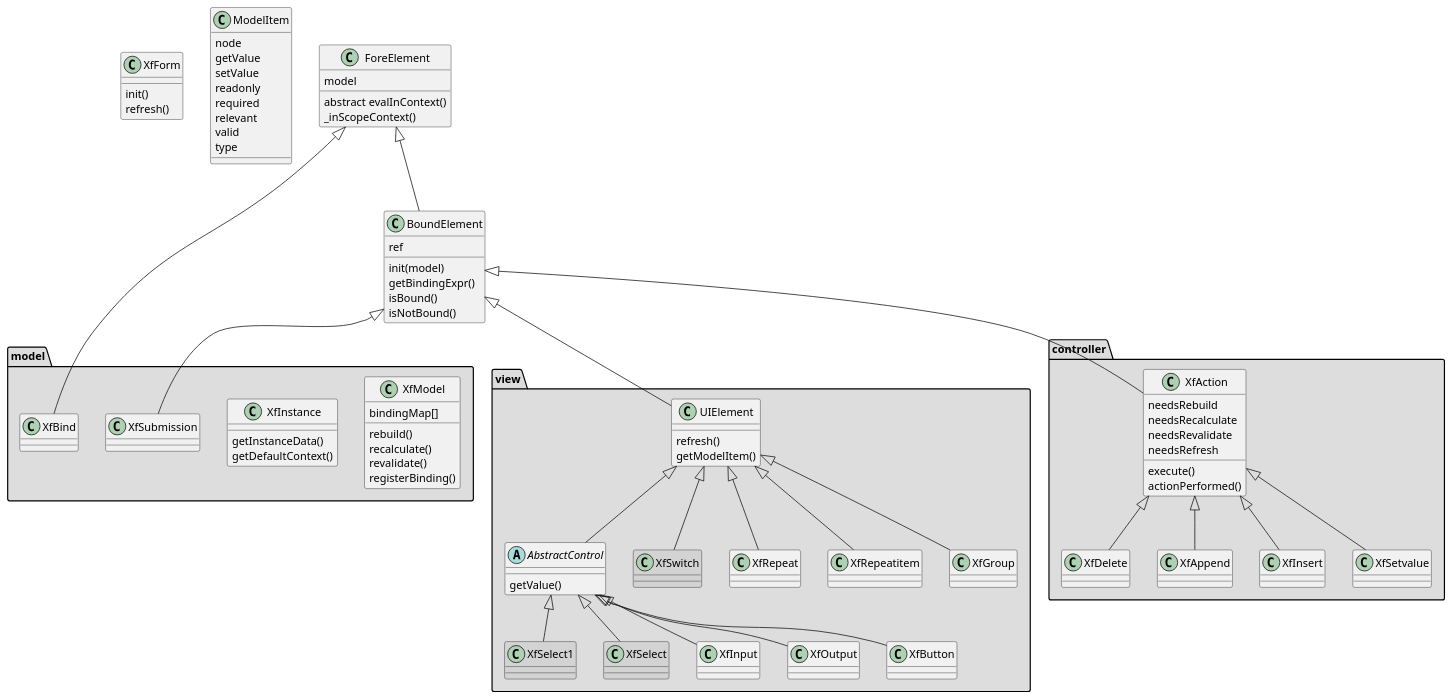
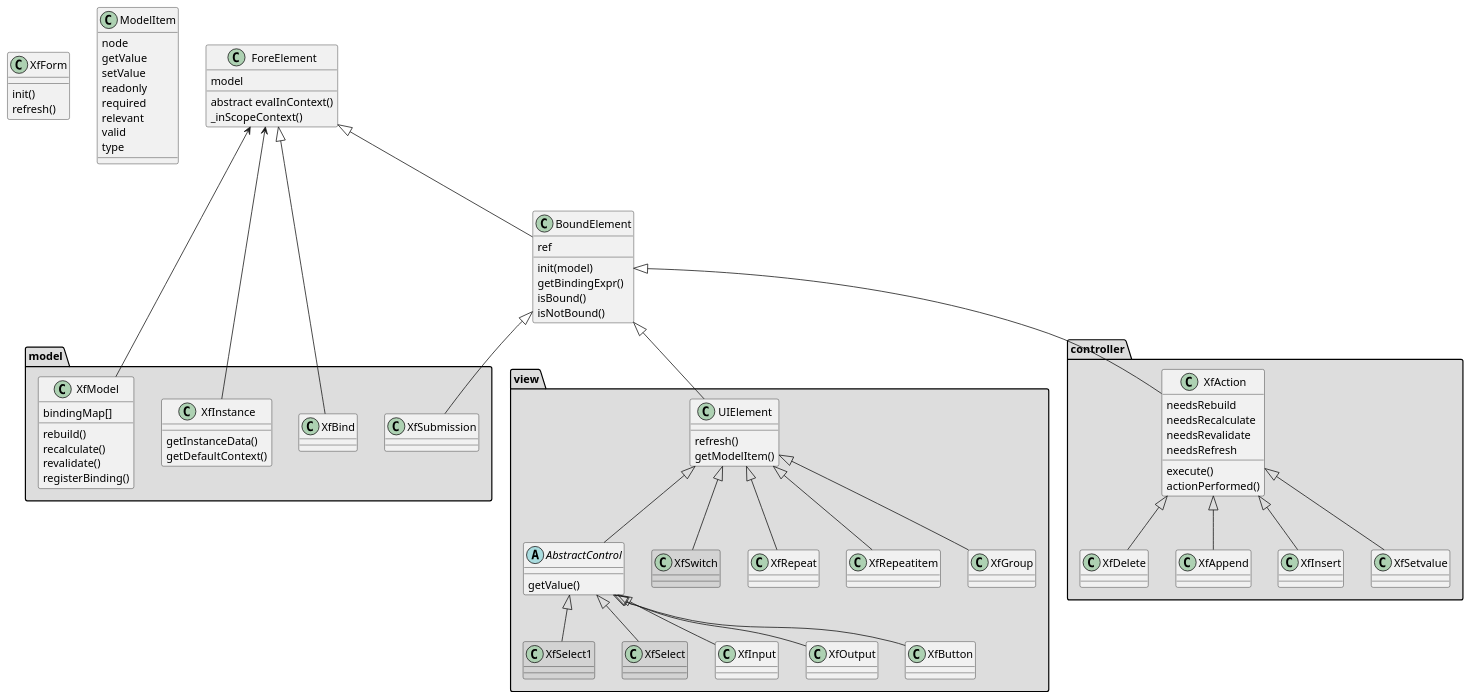
Before and after one commit to Jinntec/Fore: the diagram in doc/classdiagram.puml, drawn with PlantUML. The commit also changed 2 other files, not shown here.

Commit message:
xf-model and xf-instance are ForeElements

```diff
--- a/doc/classdiagram.puml
+++ b/doc/classdiagram.puml
@@ -1,101 +1,103 @@
 @startuml
 class XfForm {
     init()
     refresh()
 }
 class ModelItem{
     node
     getValue
     setValue
     readonly
     required
     relevant
     valid
     type
 }
 class ForeElement{
     model
     abstract evalInContext()
     _inScopeContext()
 }
 
 class BoundElement{
     ref
     init(model)
     getBindingExpr()
     isBound()
     isNotBound()
 }
 
 ForeElement <|-- BoundElement
 
 
 package "model" #DDDDDD {
     class XfModel{
         bindingMap[]
         rebuild()
         recalculate()
         revalidate()
         registerBinding()
     }
+    ForeElement <-- XfModel
     class XfInstance{
         getInstanceData()
         getDefaultContext()
     }
+    ForeElement <-- XfInstance
     class XfBind
     class XfSubmission
 }
 
 
 
 package "view" #DDDDDD{
     class UIElement{
         refresh()
         getModelItem()
     }
     abstract class AbstractControl{
         getValue()
     }
     class XfSwitch #lightgrey
     class XfSelect1 #lightgrey
     class XfSelect #lightgrey
     UIElement <|-- AbstractControl
     AbstractControl <|-- XfInput
     AbstractControl <|-- XfOutput
     AbstractControl <|-- XfButton
     UIElement <|-- XfRepeat
     UIElement <|-- XfRepeatitem
     UIElement <|-- XfGroup
     UIElement <|-- XfSwitch
     AbstractControl <|-- XfSelect
     AbstractControl <|-- XfSelect1
 }
 
 package "controller" #DDDDDD{
     class XfAction{
         needsRebuild
         needsRecalculate
         needsRevalidate
         needsRefresh
         execute()
         actionPerformed()
     }
     XfAction <|-- XfDelete
     XfAction <|-- XfAppend
     XfAction <|-- XfInsert
     XfAction <|-- XfSetvalue
 
 }
 
 
 
 BoundElement <|-- UIElement
 BoundElement <|-- XfAction
 ForeElement <|-- XfBind
 BoundElement <|-- XfSubmission
 
 
 
 
 
 @enduml
```
